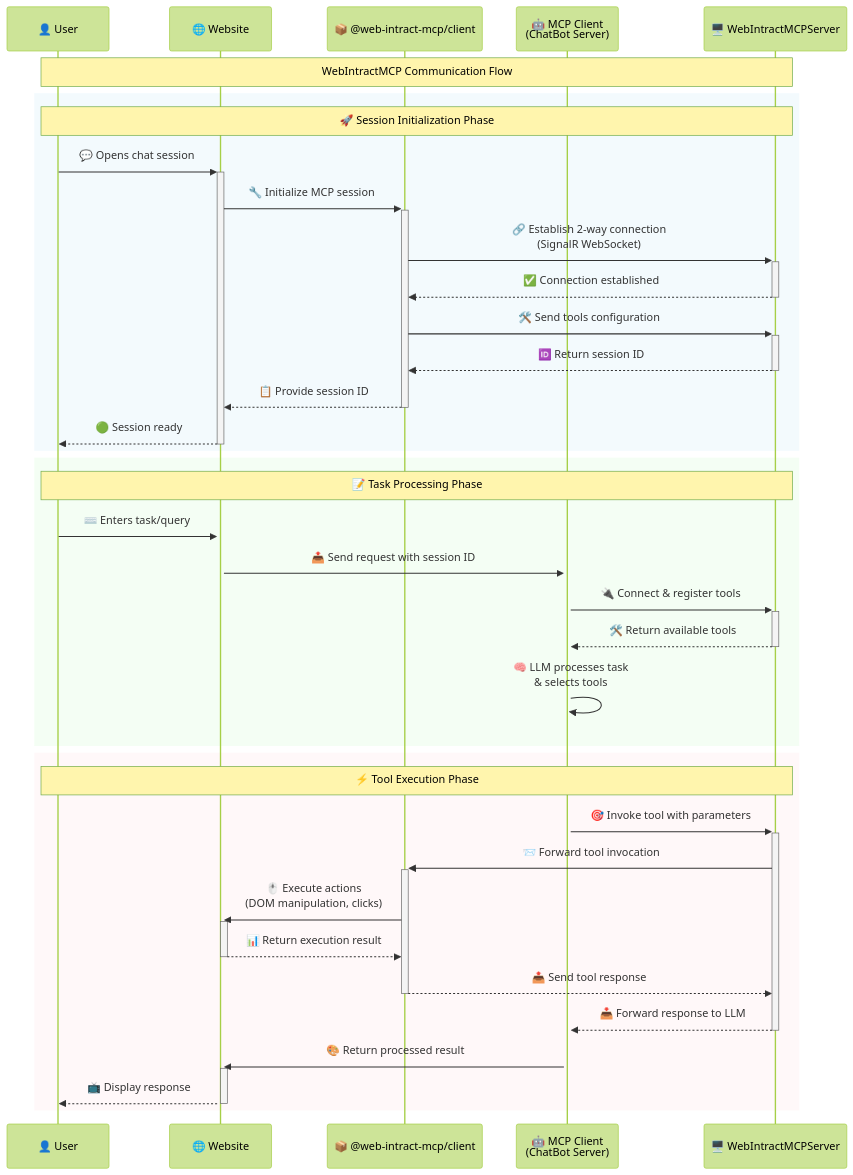
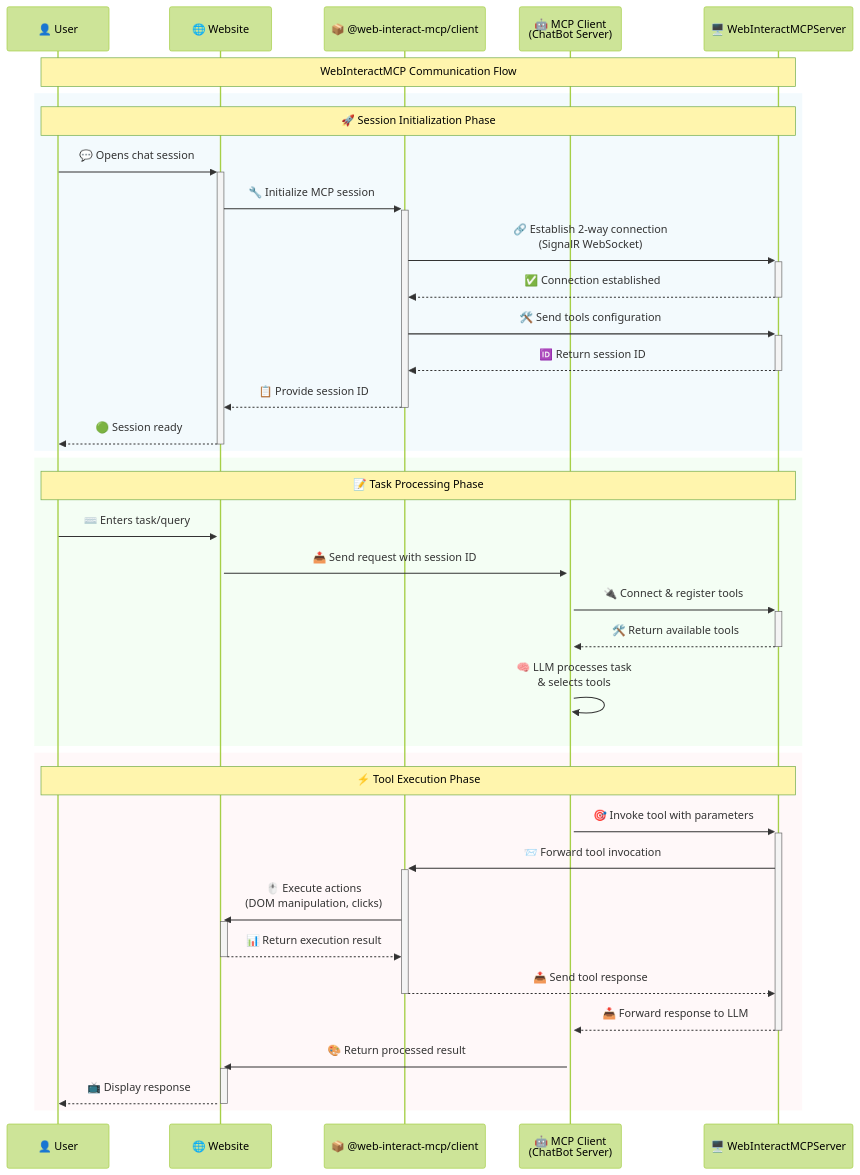
The diagram in README.md (Vijay-Nirmal/WebInteractMCP), drawn with Mermaid (forest theme) before and after one commit. The commit also changed other lines of this file and 89 other files, not shown here.

Commit message:
WebIntractMCP to WebInteractMCP (#16)

````diff
--- a/README.md
+++ b/README.md
@@ -41,44 +41,44 @@
 ```mermaid
 sequenceDiagram
     participant U as 👤 User
     participant W as 🌐 Website
-    participant C as 📦 @web-intract-mcp/client
+    participant C as 📦 @web-interact-mcp/client
     participant CB as 🤖 MCP Client<br/>(ChatBot Server)
-    participant MS as 🖥️ WebIntractMCPServer
+    participant MS as 🖥️ WebInteractMCPServer
 
     %% Styling
-    Note over U,MS: WebIntractMCP Communication Flow
+    Note over U,MS: WebInteractMCP Communication Flow
     
     rect rgba(135, 206, 235, 0.1)
         Note over U,MS: 🚀 Session Initialization Phase
         U->>+W: 💬 Opens chat session
         W->>+C: 🔧 Initialize MCP session
         C->>+MS: 🔗 Establish 2-way connection<br/>(SignalR WebSocket)
         MS-->>-C: ✅ Connection established
         C->>+MS: 🛠️ Send tools configuration
         MS-->>-C: 🆔 Return session ID
         C-->>-W: 📋 Provide session ID
         W-->>-U: 🟢 Session ready
     end
 
     rect rgba(144, 238, 144, 0.1)
         Note over U,MS: 📝 Task Processing Phase
         U->>+W: ⌨️ Enters task/query
         W->>+CB: 📤 Send request with session ID
         CB->>+MS: 🔌 Connect & register tools
         MS-->>-CB: 🛠️ Return available tools
         CB->>CB: 🧠 LLM processes task<br/>& selects tools
     end
     
     rect rgba(255, 182, 193, 0.1)
         Note over U,MS: ⚡ Tool Execution Phase
         CB->>+MS: 🎯 Invoke tool with parameters
         MS->>+C: 📨 Forward tool invocation
         C->>+W: 🖱️ Execute actions<br/>(DOM manipulation, clicks)
         W-->>-C: 📊 Return execution result
         C-->>-MS: 📤 Send tool response
         MS-->>-CB: 📥 Forward response to LLM
         CB->>+W: 🎨 Return processed result
         W-->>-U: 📺 Display response
     end
 ```
````
